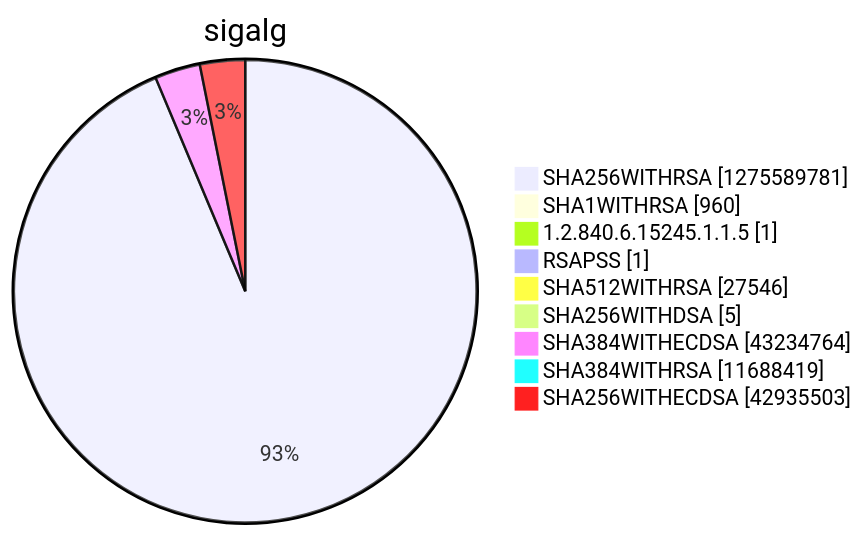
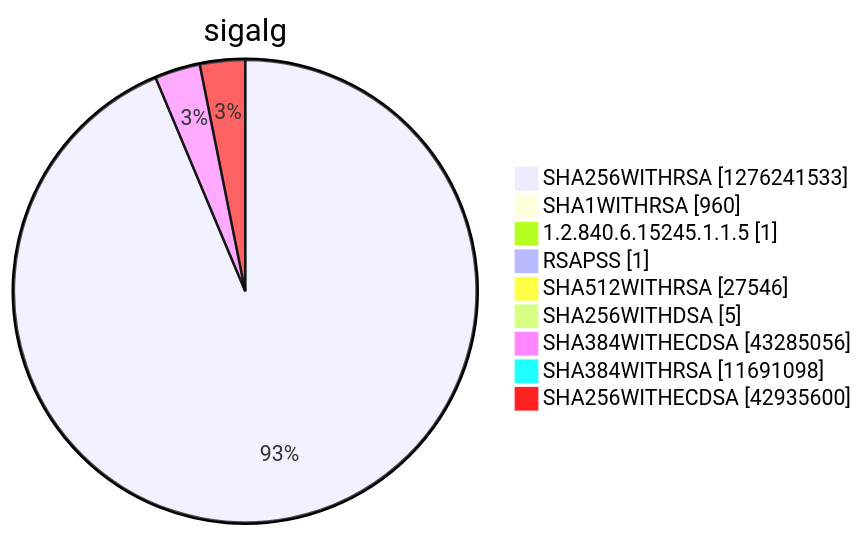
Diagram 15 of 15 in argon2022/README.md (christiankrug/ctmonitor_visualization), drawn with Mermaid before and after one commit. The commit also changed other lines of this file, not shown here.

````diff
--- a/argon2022/README.md
+++ b/argon2022/README.md
@@ -5522,13 +5522,13 @@
 ```mermaid
 pie showData
 title sigalg
-"SHA256WITHRSA" :1275589781
+"SHA256WITHRSA" :1276241533
 "SHA1WITHRSA" :960
 "1.2.840.6.15245.1.1.5" :1
 "RSAPSS" :1
 "SHA512WITHRSA" :27546
 "SHA256WITHDSA" :5
-"SHA384WITHECDSA" :43234764
-"SHA384WITHRSA" :11688419
-"SHA256WITHECDSA" :42935503
+"SHA384WITHECDSA" :43285056
+"SHA384WITHRSA" :11691098
+"SHA256WITHECDSA" :42935600
 ```
````
